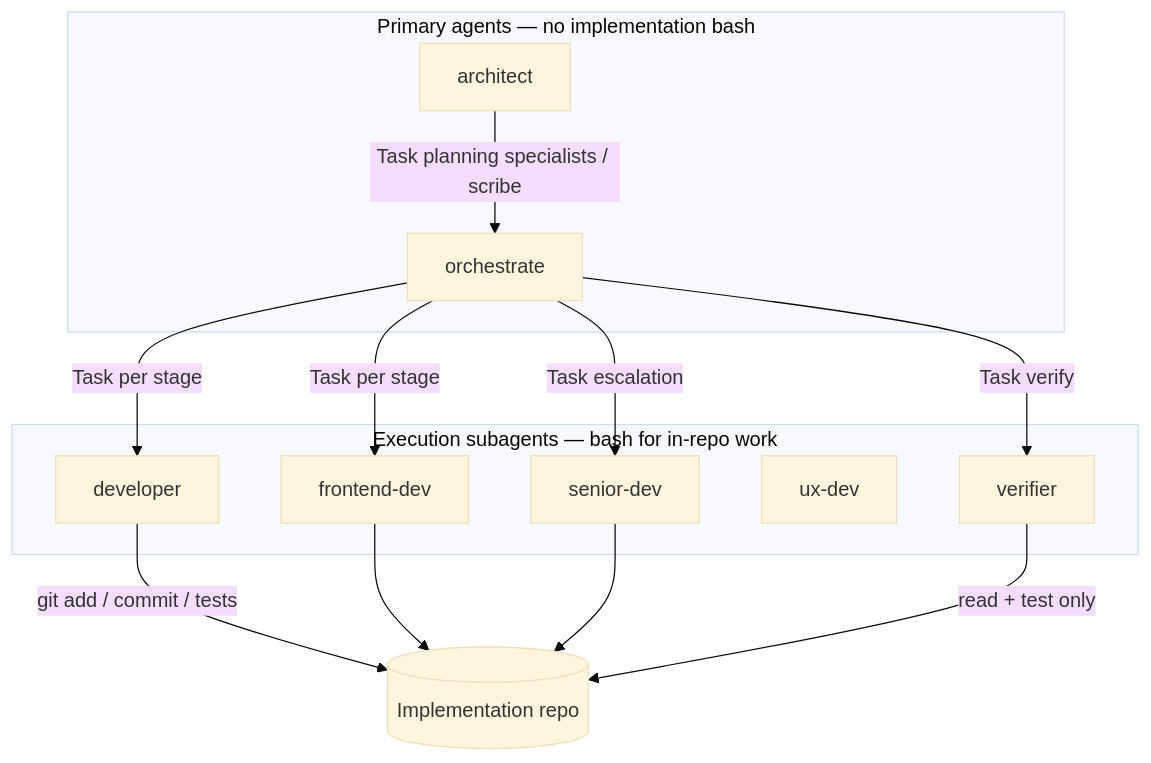
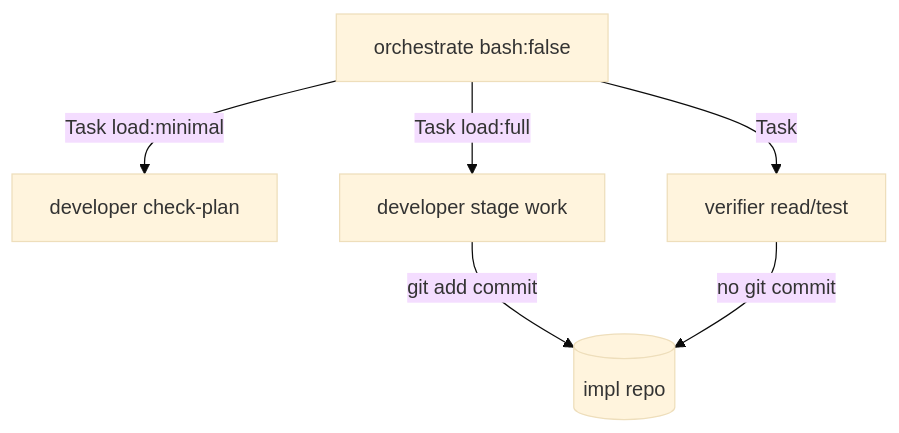
The diagram in TO REVIEW/2026-05-17-subagent-bash-permissions-and-orchestrator-delegation.md (roborew/opencode-config), drawn with Mermaid (base theme) before and after one commit. The commit also changed other lines of this file and 47 other files, not shown here.

First line of the commit message:
refactor: update architect agent permissions and delegation protocols

````diff
--- a/TO REVIEW/2026-05-17-subagent-bash-permissions-and-orchestrator-delegation.md
+++ b/TO REVIEW/2026-05-17-subagent-bash-permissions-and-orchestrator-delegation.md
@@ -202,23 +520,8 @@
 ```mermaid
 flowchart TB
-  subgraph primary [Primary agents — no implementation bash]
-    A[architect]
-    O[orchestrate]
-  end
-  subgraph exec [Execution subagents — bash for in-repo work]
-    D[developer]
-    F[frontend-dev]
-    S[senior-dev]
-    U[ux-dev]
-    V[verifier]
-  end
-  A -->|Task planning specialists / scribe| O
-  O -->|Task per stage| D
-  O -->|Task per stage| F
-  O -->|Task verify| V
-  O -->|Task escalation| S
-  D -->|git add / commit / tests| Repo[(Implementation repo)]
-  F --> Repo
-  S --> Repo
-  V -->|read + test only| Repo
+  O[orchestrate bash:false] -->|Task load:minimal| D[developer check-plan]
+  O -->|Task load:full| D2[developer stage work]
+  O -->|Task| V[verifier read/test]
+  D2 -->|git add commit| Repo[(impl repo)]
+  V -->|no git commit| Repo
 ```
````
